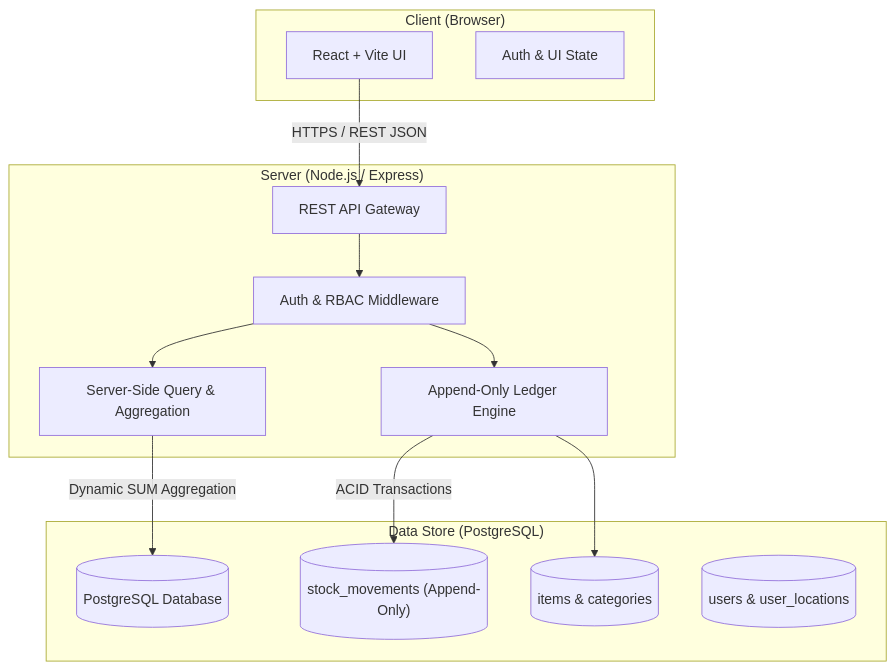
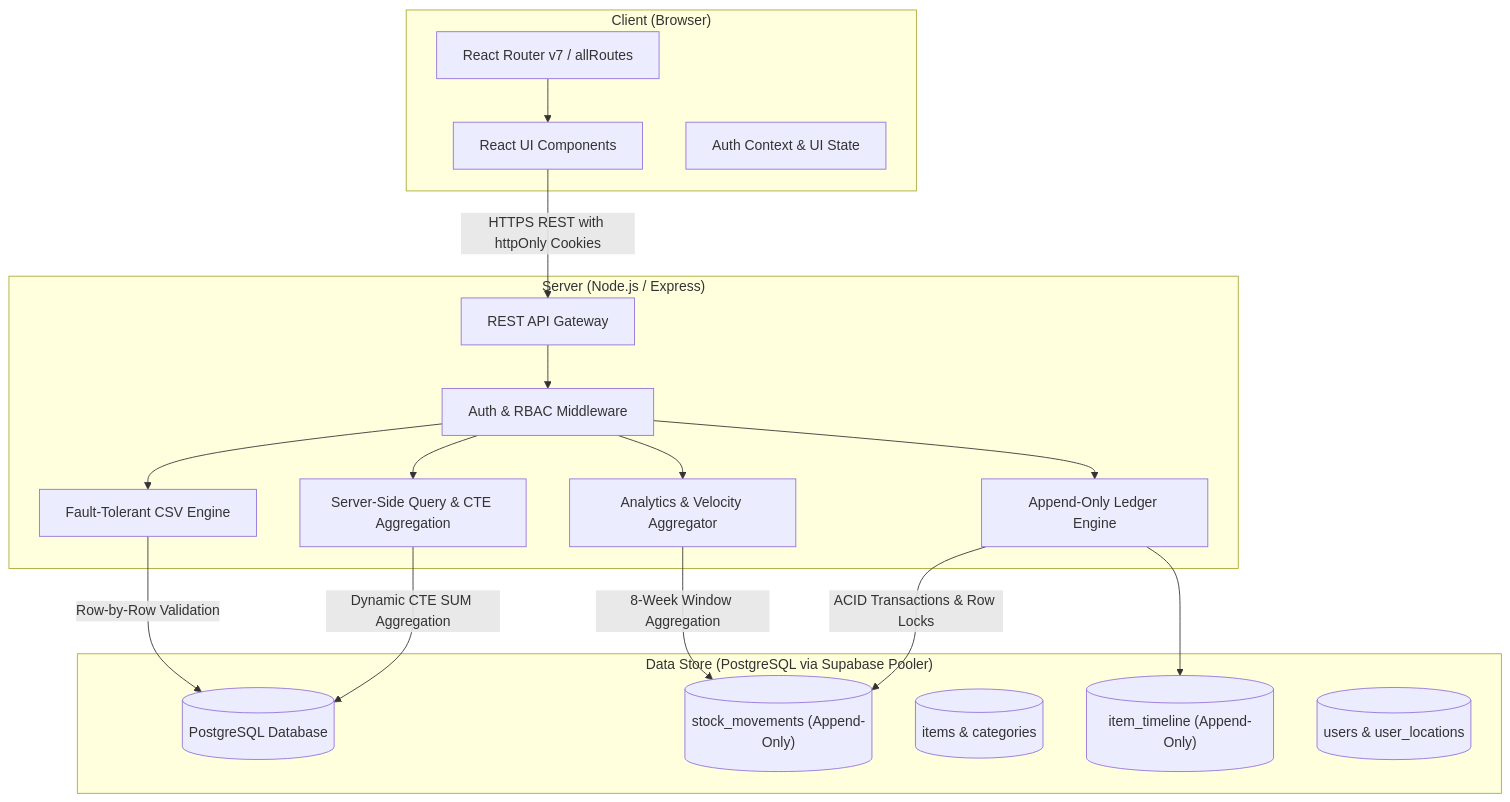
One commit to wiz0007/Inventory_management_assignment changed the diagram in docs/architecture.md. Above: the diagram before and after it, drawn with Mermaid. The commit also changed other lines of this file and 5 other files, not shown here.

````diff
--- a/docs/architecture.md
+++ b/docs/architecture.md
@@ -25,29 +29,38 @@
 ```mermaid
 flowchart TD
     subgraph Browser ["Client (Browser)"]
-        UI[React + Vite UI]
-        State[Auth & UI State]
+        Router[React Router v7 / allRoutes]
+        UI[React UI Components]
+        State[Auth Context & UI State]
     end
 
     subgraph Backend ["Server (Node.js / Express)"]
         API[REST API Gateway]
         AuthMid[Auth & RBAC Middleware]
         LedgerService[Append-Only Ledger Engine]
-        QueryService[Server-Side Query & Aggregation]
+        QueryService[Server-Side Query & CTE Aggregation]
+        DashboardService[Analytics & Velocity Aggregator]
+        CSVEngine[Fault-Tolerant CSV Engine]
     end
 
-    subgraph Database ["Data Store (PostgreSQL)"]
+    subgraph Database ["Data Store (PostgreSQL via Supabase Pooler)"]
         DB[(PostgreSQL Database)]
         LedgerTable[("stock_movements (Append-Only)")]
         ItemTable[("items & categories")]
+        TimelineTable[("item_timeline (Append-Only)")]
         UserTable[("users & user_locations")]
     end
 
-    UI -->|HTTPS / REST JSON| API
+    Router --> UI
+    UI -->|HTTPS REST with httpOnly Cookies| API
     API --> AuthMid
     AuthMid --> LedgerService
     AuthMid --> QueryService
-    LedgerService -->|ACID Transactions| LedgerTable
-    LedgerService --> ItemTable
-    QueryService -->|Dynamic SUM Aggregation| DB
+    AuthMid --> DashboardService
+    AuthMid --> CSVEngine
+    LedgerService -->|ACID Transactions & Row Locks| LedgerTable
+    LedgerService --> TimelineTable
+    QueryService -->|Dynamic CTE SUM Aggregation| DB
+    DashboardService -->|8-Week Window Aggregation| LedgerTable
+    CSVEngine -->|Row-by-Row Validation| DB
 ```
````
